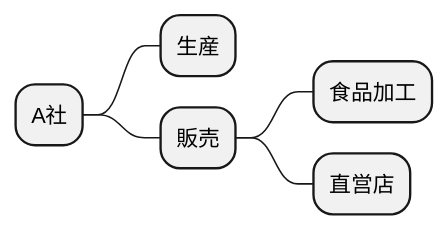
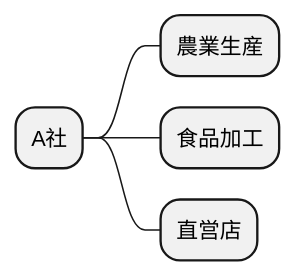
One commit to k2works/case-sutudy-business-analysis changed the first of 15 diagrams in docs/case/r04_case_1.adoc. Above: the diagram before and after it, drawn with PlantUML. The commit also changed other lines of this file, not shown here.

```diff
--- a/docs/case/r04_case_1.adoc
+++ b/docs/case/r04_case_1.adoc
@@ -48,12 +48,11 @@
 [plantuml]
 ----
 @startmindmap
 
 * A社
-** 生産
-** 販売
-*** 食品加工
-*** 直営店
+** 農業生産
+** 食品加工
+** 直営店
 
 @endmindmap
 ----
```
